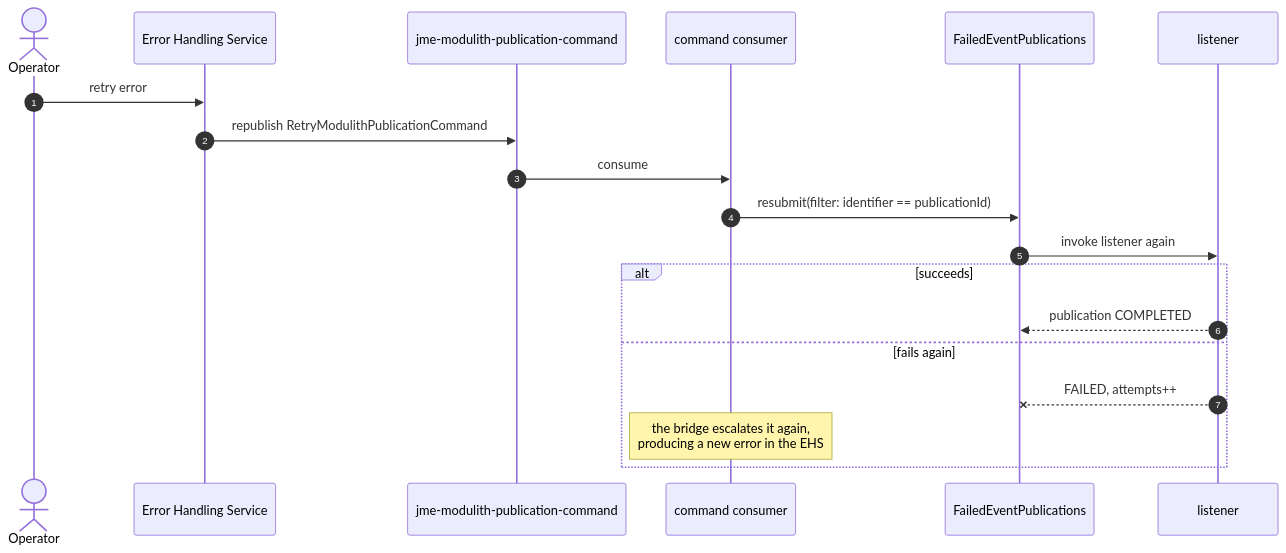
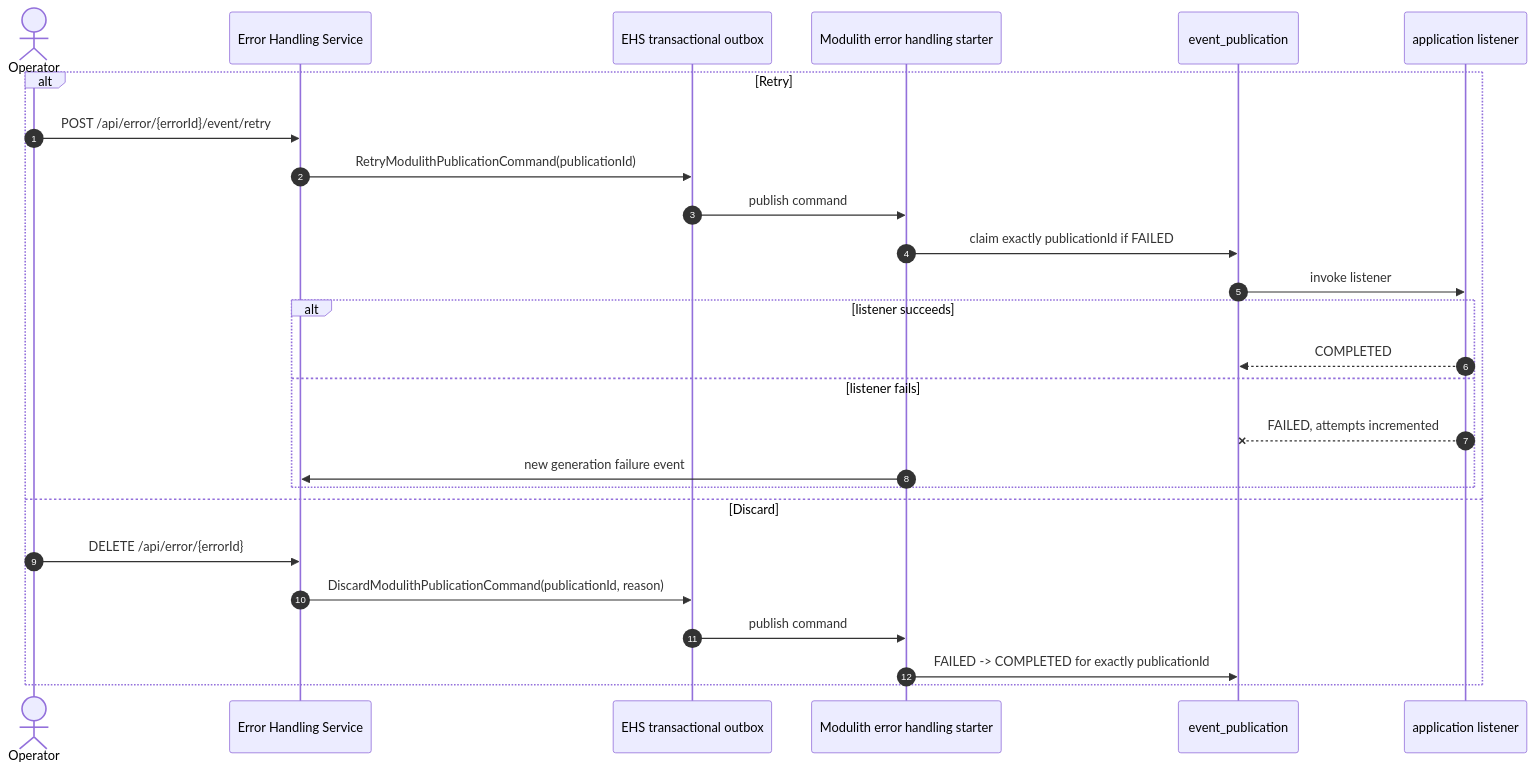
Before and after one commit to jme-admin-ch/jme-spring-modulith-example: the diagram in docs/async-event-error-handling-design.md, drawn with Mermaid. The commit also changed other lines of this file and 21 other files, not shown here.

Commit message:
JEAP-7447 Integrate Modulith error handling example

````diff
--- a/docs/async-event-error-handling-design.md
+++ b/docs/async-event-error-handling-design.md
@@ -472,22 +155,29 @@
 ```mermaid
 sequenceDiagram
     autonumber
     actor Operator
     participant EHS as Error Handling Service
-    participant CT as jme-modulith-publication-command
-    participant CMD as command consumer
-    participant FEP as FailedEventPublications
-    participant SHI as listener
+    participant OB as EHS transactional outbox
+    participant ST as Modulith error handling starter
+    participant REG as event_publication
+    participant LIS as application listener
 
-    Operator->>EHS: retry error
-    EHS->>CT: republish RetryModulithPublicationCommand
-    CT->>CMD: consume
-    CMD->>FEP: resubmit(filter: identifier == publicationId)
-    FEP->>SHI: invoke listener again
-    alt succeeds
-        SHI-->>FEP: publication COMPLETED
-    else fails again
-        SHI--xFEP: FAILED, attempts++
-        Note over CMD: the bridge escalates it again,<br/>producing a new error in the EHS
+    alt Retry
+        Operator->>EHS: POST /api/error/{errorId}/event/retry
+        EHS->>OB: RetryModulithPublicationCommand(publicationId)
+        OB->>ST: publish command
+        ST->>REG: claim exactly publicationId if FAILED
+        REG->>LIS: invoke listener
+        alt listener succeeds
+            LIS-->>REG: COMPLETED
+        else listener fails
+            LIS--xREG: FAILED, attempts incremented
+            ST->>EHS: new generation failure event
+        end
+    else Discard
+        Operator->>EHS: DELETE /api/error/{errorId}
+        EHS->>OB: DiscardModulithPublicationCommand(publicationId, reason)
+        OB->>ST: publish command
+        ST->>REG: FAILED -> COMPLETED for exactly publicationId
     end
 ```
````
